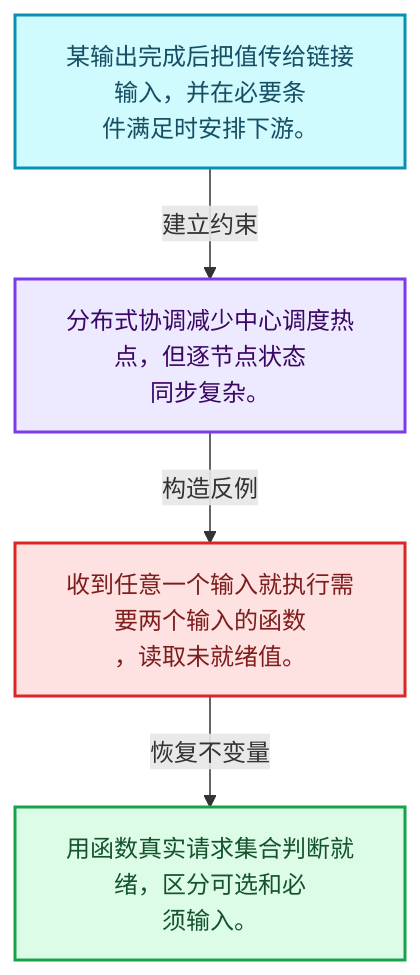
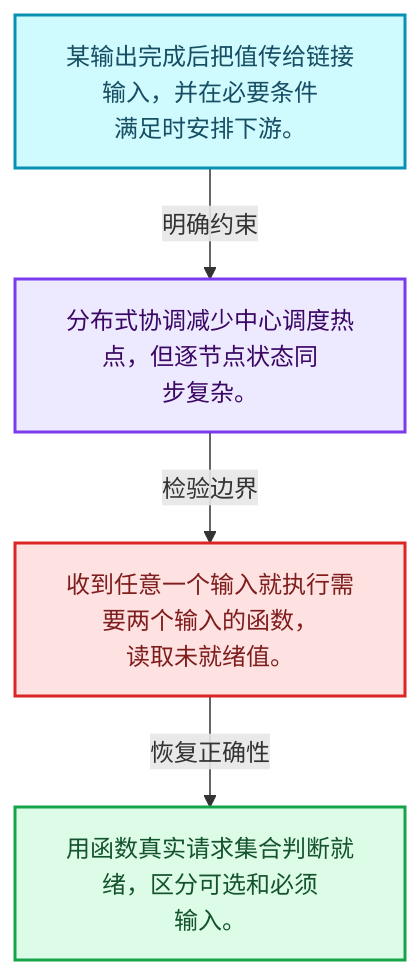
One commit to yunkezengren/blender-.vscode changed the first of 4 diagrams in 杂/markdown/全面学习-codex/09-LazyFunction与节点执行架构/08-输入请求与调度.md. Above: the diagram before and after it, drawn with Mermaid. The commit also changed other lines of this file and 1930 other files, not shown here.

````diff
--- a/杂/markdown/全面学习-codex/09-LazyFunction与节点执行架构/08-输入请求与调度.md
+++ b/杂/markdown/全面学习-codex/09-LazyFunction与节点执行架构/08-输入请求与调度.md
@@ -29,16 +29,16 @@
 ```mermaid
 flowchart TB
-  M["某输出完成后把值传给链接输入，并在必要条<br/>件满足时安排下游。"]:::data
-  T["分布式协调减少中心调度热点，但逐节点状态<br/>同步复杂。"]:::abstraction
-  X["收到任意一个输入就执行需要两个输入的函数<br/>，读取未就绪值。"]:::error
-  A["用函数真实请求集合判断就绪，区分可选和必<br/>须输入。"]:::result
-  M -->|"建立约束"| T
-  T -->|"构造反例"| X
-  X -->|"恢复不变量"| A
+  M["某输出完成后把值传给链接输入，并在必要条件<br/>满足时安排下游。"]:::data
+  C["分布式协调减少中心调度热点，但逐节点状态同<br/>步复杂。"]:::abstraction
+  B["收到任意一个输入就执行需要两个输入的函数，<br/>读取未就绪值。"]:::error
+  R["用函数真实请求集合判断就绪，区分可选和必须<br/>输入。"]:::result
+  M -->|"明确约束"| C
+  C -->|"检验边界"| B
+  B -->|"恢复正确性"| R
   classDef input fill:#DBEAFE,stroke:#2563EB,color:#172554,stroke-width:2px;
   classDef data fill:#CFFAFE,stroke:#0891B2,color:#164E63,stroke-width:2px;
   classDef abstraction fill:#EDE9FE,stroke:#7C3AED,color:#3B0764,stroke-width:2px;
   classDef compute fill:#FEF3C7,stroke:#D97706,color:#78350F,stroke-width:2px;
   classDef result fill:#DCFCE7,stroke:#16A34A,color:#14532D,stroke-width:2px;
   classDef error fill:#FEE2E2,stroke:#DC2626,color:#7F1D1D,stroke-width:2px;
 ```
````
